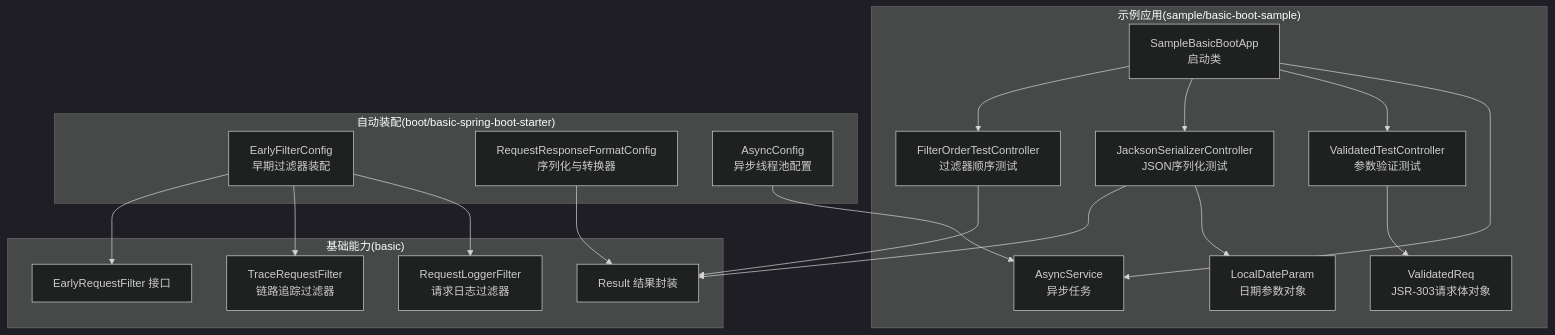
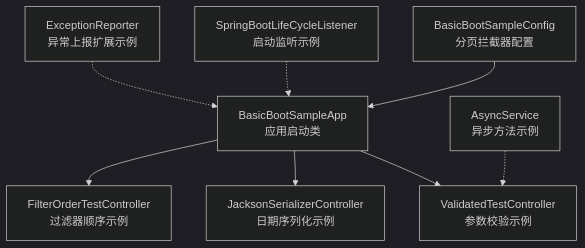
The first of 10 diagrams in .qoder/repowiki/zh/content/示例应用/基础功能示例.md (LiukewenSC/kewen-framework), drawn with Mermaid (dark theme) before and after one commit. The commit also changed other lines of this file and 195 other files, not shown here.

````diff
--- a/.qoder/repowiki/zh/content/示例应用/基础功能示例.md
+++ b/.qoder/repowiki/zh/content/示例应用/基础功能示例.md
@@ -39,36 +51,10 @@
 ```mermaid
 graph TB
-subgraph "示例应用(sample/basic-boot-sample)"
-A["SampleBasicBootApp<br/>启动类"]
-C1["FilterOrderTestController<br/>过滤器顺序测试"]
-C2["JacksonSerializerController<br/>JSON序列化测试"]
-C3["ValidatedTestController<br/>参数验证测试"]
-S1["AsyncService<br/>异步任务"]
-REQ1["ValidatedReq<br/>JSR-303请求体对象"]
-REQ2["LocalDateParam<br/>日期参数对象"]
-end
-subgraph "基础能力(basic)"
-F1["EarlyRequestFilter 接口"]
-F2["TraceRequestFilter<br/>链路追踪过滤器"]
-F3["RequestLoggerFilter<br/>请求日志过滤器"]
-M1["Result 结果封装"]
-end
-subgraph "自动装配(boot/basic-spring-boot-starter)"
-CFG1["EarlyFilterConfig<br/>早期过滤器装配"]
-CFG2["RequestResponseFormatConfig<br/>序列化与转换器"]
-CFG3["AsyncConfig<br/>异步线程池配置"]
-end
-A --> C1
-A --> C2
-A --> C3
-A --> S1
-C1 --> M1
-C2 --> M1
-C3 --> REQ1
-C2 --> REQ2
-CFG1 --> F1
-CFG1 --> F2
-CFG1 --> F3
-CFG2 --> M1
-CFG3 --> S1
+    App["BasicBootSampleApp<br/>应用启动类"] --> ControllerA["ValidatedTestController<br/>参数校验示例"]
+    App --> ControllerB["JacksonSerializerController<br/>日期序列化示例"]
+    App --> ControllerC["FilterOrderTestController<br/>过滤器顺序示例"]
+    Config["BasicBootSampleConfig<br/>分页拦截器配置"] --> App
+    ListenerA["SpringBootLifeCycleListener<br/>启动监听示例"] -.-> App
+    ListenerB["ExceptionReporter<br/>异常上报扩展示例"] -.-> App
+    ServiceA["AsyncService<br/>异步方法示例"] -.-> ControllerA
 ```
````
